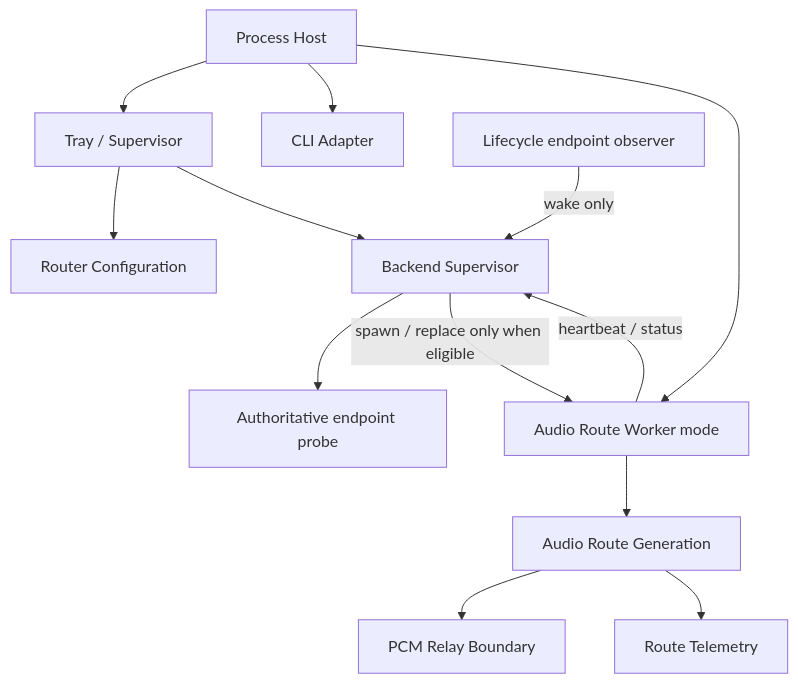
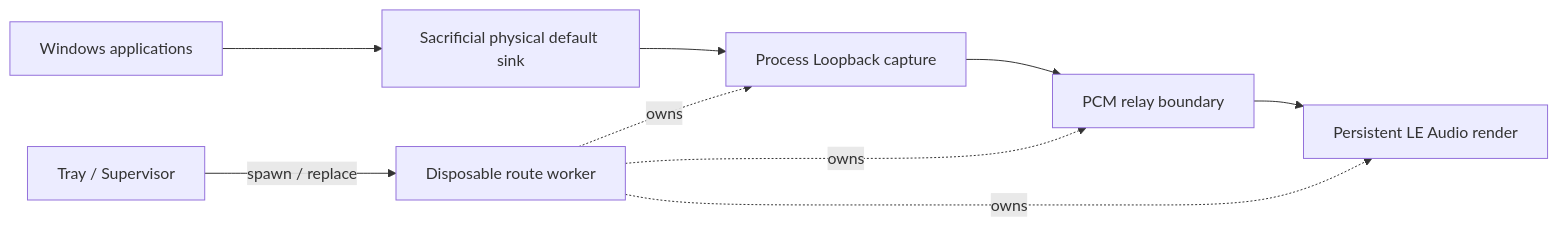
The diagram in README.md (STanJK/LE-Audio-Relay), drawn with Mermaid before and after one commit. The commit also changed other lines of this file, not shown here.

````diff
--- a/README.md
+++ b/README.md
@@ -53,18 +77,20 @@
 ```mermaid
-flowchart TD
-    Host["Process Host"] --> Shell["Tray / Supervisor"]
-    Host --> CLI["CLI Adapter"]
-    Host --> Worker["Audio Route Worker mode"]
+flowchart LR
+    Apps["Windows applications"]
+    Sink["Sacrificial physical default sink"]
+    Capture["Process Loopback capture"]
+    Ring["PCM relay boundary"]
+    Buds["Persistent LE Audio render"]
+    Supervisor["Tray / Supervisor"]
+    Worker["Disposable route worker"]
 
-    Shell --> Config["Router Configuration"]
-    Shell --> Supervisor["Backend Supervisor"]
+    Apps --> Sink
+    Sink --> Capture
+    Capture --> Ring
+    Ring --> Buds
 
-    Observer["Lifecycle endpoint observer"] -->|"wake only"| Supervisor
-    Supervisor --> Probe["Authoritative endpoint probe"]
-    Supervisor -->|"spawn / replace only when eligible"| Worker
-    Worker -->|"heartbeat / status"| Supervisor
-
-    Worker --> Route["Audio Route Generation"]
-    Route --> Timing["PCM Relay Boundary"]
-    Route --> Telemetry["Route Telemetry"]
+    Supervisor -->|"spawn / replace"| Worker
+    Worker -. owns .-> Capture
+    Worker -. owns .-> Ring
+    Worker -. owns .-> Buds
 ```
````
